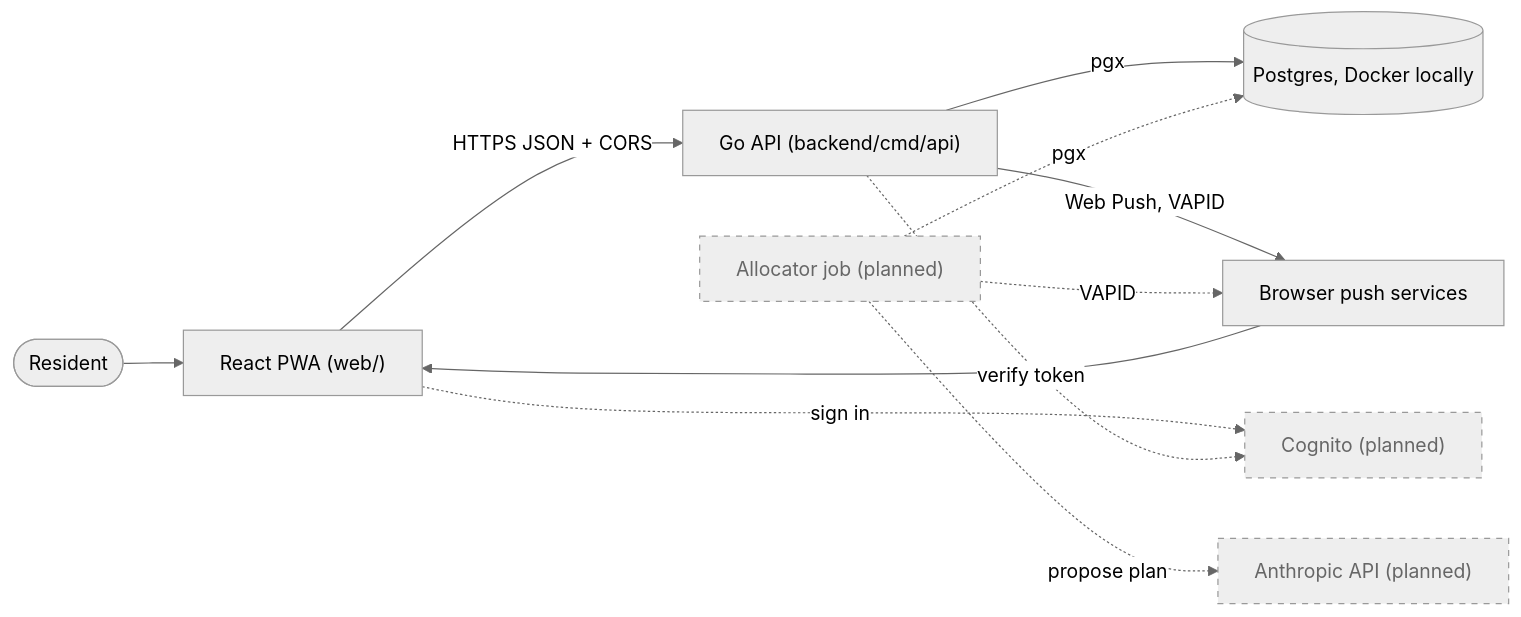
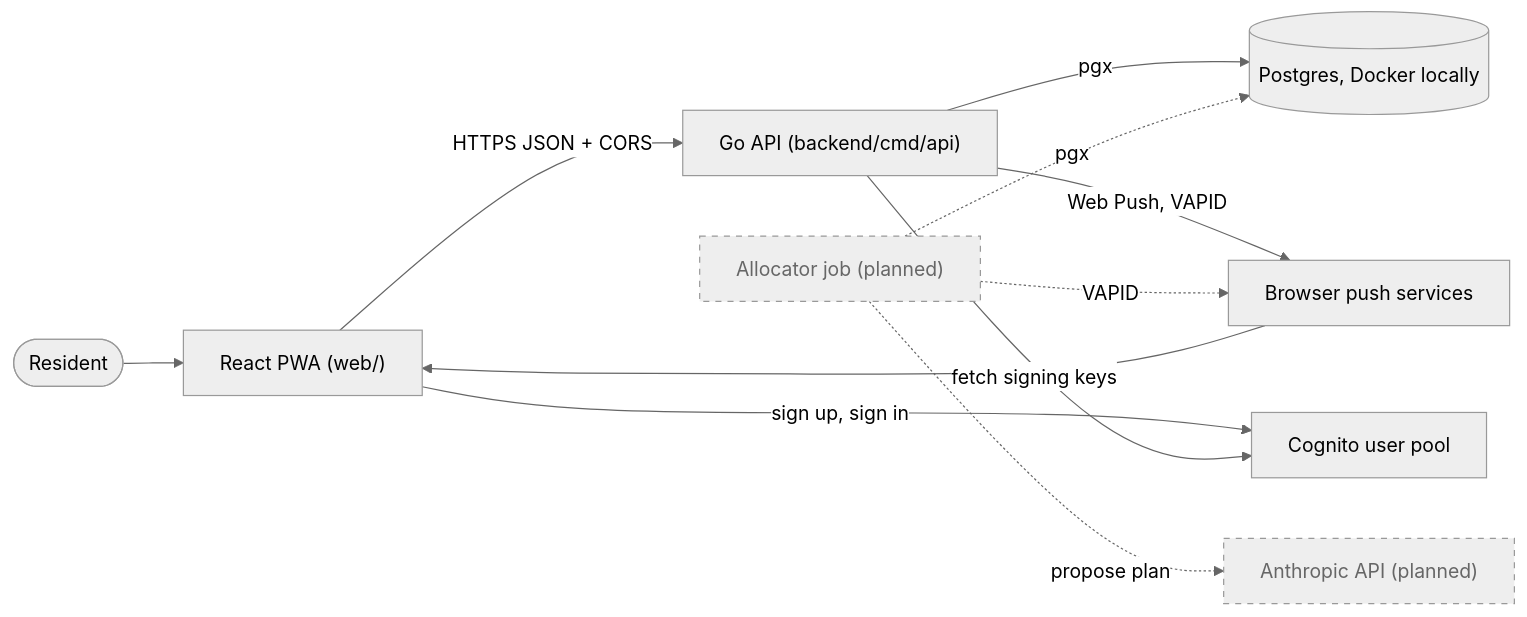
Before and after one commit to AbnerWillclefy/Homeowner: the second of 2 diagrams in docs/architecture/system-context.md, drawn with Mermaid (neutral theme). The commit also changed other lines of this file and 3 other files, not shown here.

Commit message:
docs(architecture): describe sign-in, the users table and the auth module

````diff
--- a/docs/architecture/system-context.md
+++ b/docs/architecture/system-context.md
@@ -30,25 +30,25 @@
 ```mermaid
 flowchart LR
     R([Resident])
     PWA["React PWA (web/)"]
     API["Go API (backend/cmd/api)"]
     DB[("Postgres, Docker locally")]
     ALLOC["Allocator job (planned)"]
-    COG["Cognito (planned)"]
+    COG["Cognito user pool"]
     LLM["Anthropic API (planned)"]
     PUSH["Browser push services"]
 
     R --> PWA
     PWA -->|HTTPS JSON + CORS| API
     API -->|pgx| DB
     API -->|Web Push, VAPID| PUSH
     PUSH --> PWA
-    PWA -.->|sign in| COG
-    API -.->|verify token| COG
+    PWA -->|sign up, sign in| COG
+    API -->|fetch signing keys| COG
     ALLOC -.->|pgx| DB
     ALLOC -.->|propose plan| LLM
     ALLOC -.->|VAPID| PUSH
 
     classDef planned stroke-dasharray: 5 5,color:#666
-    class ALLOC,COG,LLM planned
+    class ALLOC,LLM planned
 ```
````
